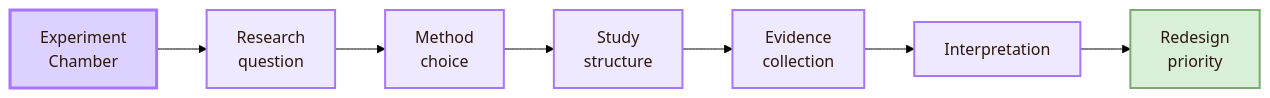
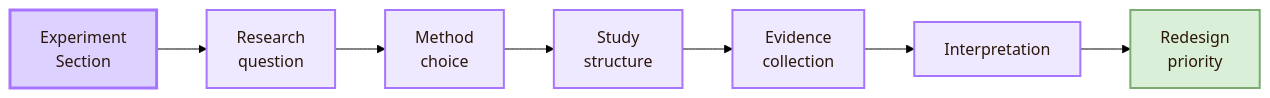
One commit to andreitegzes06-ui/CogniShire changed the first of 12 diagrams in 01_Core_Area_HCI/001_Subareas/01_Understanding_the_User/Activities/Experiment.md. Above: the diagram before and after it, drawn with Mermaid (forest theme). The commit also changed other lines of this file and 132 other files, not shown here.

````diff
--- a/01_Core_Area_HCI/001_Subareas/01_Understanding_the_User/Activities/Experiment.md
+++ b/01_Core_Area_HCI/001_Subareas/01_Understanding_the_User/Activities/Experiment.md
@@ -35,18 +17,18 @@
 ```mermaid
 flowchart LR
-    A["Experiment<br/>Chamber"] --> B["Research<br/>question"]
+    A["Experiment<br/>Section"] --> B["Research<br/>question"]
     B --> C["Method<br/>choice"]
     C --> D["Study<br/>structure"]
     D --> E["Evidence<br/>collection"]
     E --> F["Interpretation"]
     F --> G["Redesign<br/>priority"]
 
     classDef center fill:#ddd2ff,stroke:#a875ff,color:#2b160b,stroke-width:3px;
     classDef node fill:#eee9ff,stroke:#a875ff,color:#2b160b,stroke-width:2px;
     classDef detail fill:#f6d6ee,stroke:#c27aa2,color:#2b160b,stroke-width:2px;
     classDef final fill:#d9efd7,stroke:#7cab72,color:#2b160b,stroke-width:2px;
 
     class A center;
     class B,C,D,E,F node;
     class G final;
 ```
````
